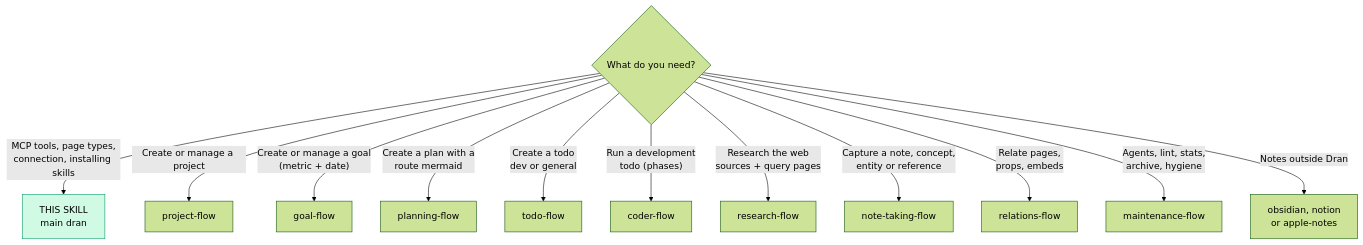
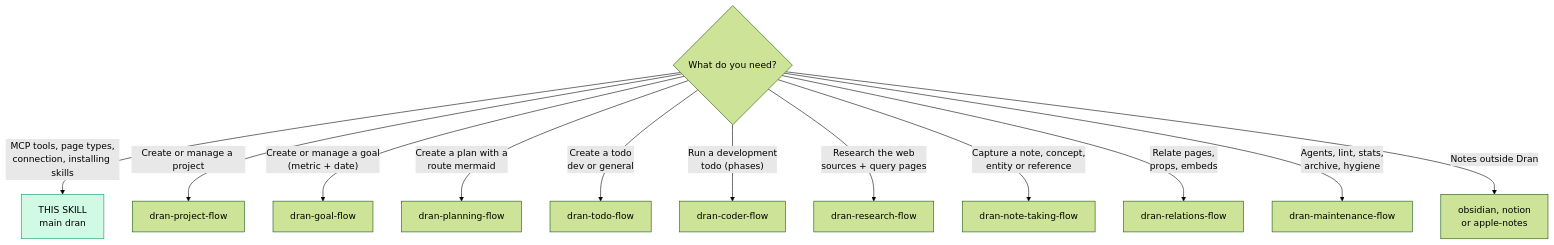
The first of 7 diagrams in skills/dran/SKILL.md (alvarolizama/dran), drawn with Mermaid (forest theme) before and after one commit. The commit also changed other lines of this file and 9 other files, not shown here.

Commit message:
refactor(skills): rename *-flow -> dran-*-flow y actualizar referencias

````diff
--- a/skills/dran/SKILL.md
+++ b/skills/dran/SKILL.md
@@ -23,16 +23,16 @@
 ```mermaid
 flowchart TD
   Q{What do you need?} -->|"MCP tools, page types,\nconnection, installing skills"| SELF["THIS SKILL\nmain dran"]
-  Q -->|"Create or manage a project"| PF[project-flow]
-  Q -->|"Create or manage a goal\n(metric + date)"| GF[goal-flow]
-  Q -->|"Create a plan with a\nroute mermaid"| PLF[planning-flow]
-  Q -->|"Create a todo\ndev or general"| TF[todo-flow]
-  Q -->|"Run a development\ntodo (phases)"| CF[coder-flow]
-  Q -->|"Research the web\nsources + query pages"| RF[research-flow]
-  Q -->|"Capture a note, concept,\nentity or reference"| NTF[note-taking-flow]
-  Q -->|"Relate pages,\nprops, embeds"| RLF[relations-flow]
-  Q -->|"Agents, lint, stats,\narchive, hygiene"| MF[maintenance-flow]
+  Q -->|"Create or manage a project"| PF[dran-project-flow]
+  Q -->|"Create or manage a goal\n(metric + date)"| GF[dran-goal-flow]
+  Q -->|"Create a plan with a\nroute mermaid"| PLF[dran-planning-flow]
+  Q -->|"Create a todo\ndev or general"| TF[dran-todo-flow]
+  Q -->|"Run a development\ntodo (phases)"| CF[dran-coder-flow]
+  Q -->|"Research the web\nsources + query pages"| RF[dran-research-flow]
+  Q -->|"Capture a note, concept,\nentity or reference"| NTF[dran-note-taking-flow]
+  Q -->|"Relate pages,\nprops, embeds"| RLF[dran-relations-flow]
+  Q -->|"Agents, lint, stats,\narchive, hygiene"| MF[dran-maintenance-flow]
   Q -->|"Notes outside Dran"| OTHER[obsidian, notion\nor apple-notes]
 
   style SELF fill:#d1fae5,stroke:#059669
 ```
````
